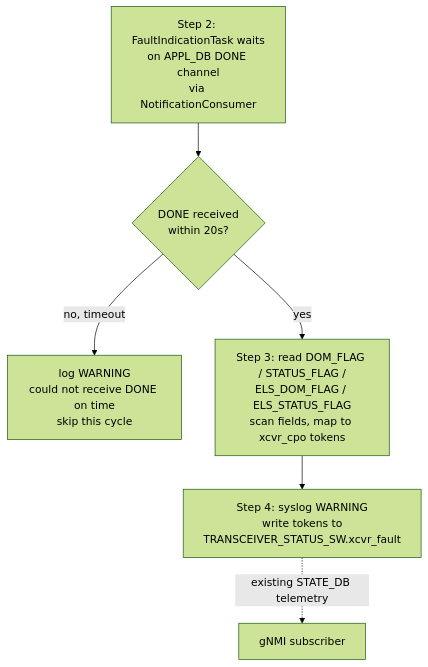
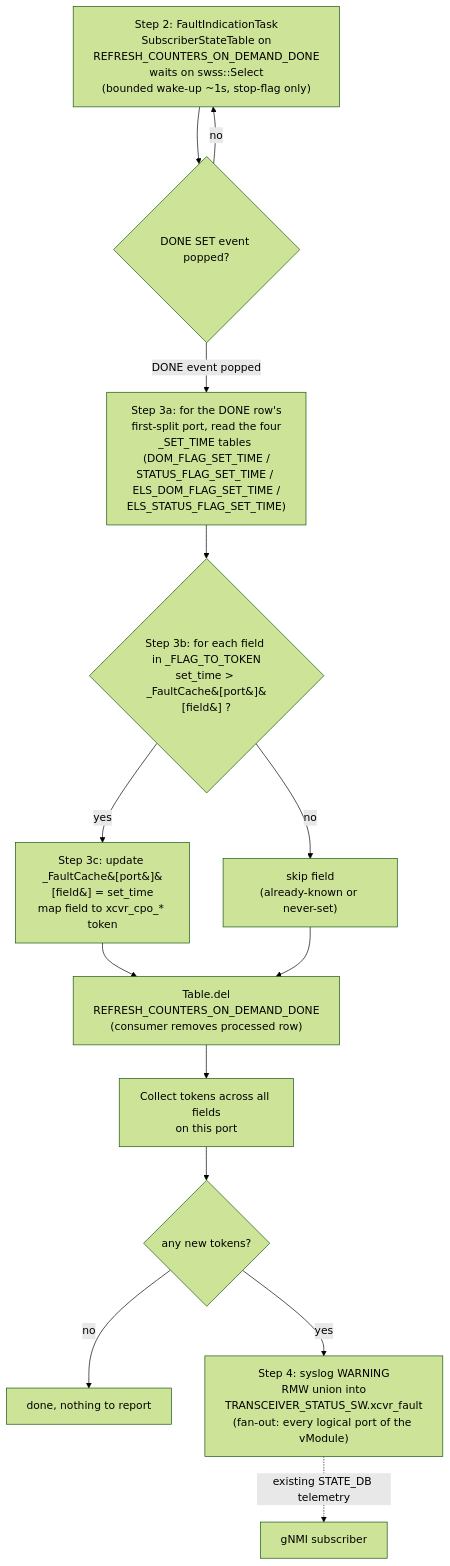
One commit to noaOrMlnx/SONiC changed the third of 4 diagrams in doc/cpo-mellanox/cpo_fault_indication.md. Above: the diagram before and after it, drawn with Mermaid (forest theme). The commit also changed other lines of this file, not shown here.

Commit message:
update HLD to final design along dom_mgr new design

````diff
--- a/doc/cpo-mellanox/cpo_fault_indication.md
+++ b/doc/cpo-mellanox/cpo_fault_indication.md
@@ -144,9 +165,17 @@
 ```mermaid
 flowchart TD
-  wait["Step 2: FaultIndicationTask waits<br/>on APPL_DB DONE channel<br/>via NotificationConsumer"]
-  wait --> check{"DONE received<br/>within 20s?"}
-  check -->|no, timeout| logto["log WARNING<br/>could not receive DONE on time<br/>skip this cycle"]
-  check -->|yes| parse["Step 3: read DOM_FLAG / STATUS_FLAG /<br/>ELS_DOM_FLAG / ELS_STATUS_FLAG<br/>scan fields, map to xcvr_cpo tokens"]
-  parse --> write["Step 4: syslog WARNING<br/>write tokens to<br/>TRANSCEIVER_STATUS_SW.xcvr_fault"]
+  wait["Step 2: FaultIndicationTask<br/>SubscriberStateTable on<br/>REFRESH_COUNTERS_ON_DEMAND_DONE<br/>waits on swss::Select<br/>(bounded wake-up ~1s, stop-flag only)"]
+  wait --> check{"DONE SET event popped?"}
+  check -->|no| wait
+  check -->|DONE event popped| readset["Step 3a: for the DONE row's<br/>first-split port, read the four<br/>_SET_TIME tables (DOM_FLAG_SET_TIME /<br/>STATUS_FLAG_SET_TIME / ELS_DOM_FLAG_SET_TIME /<br/>ELS_STATUS_FLAG_SET_TIME)"]
+  readset --> cmp{"Step 3b: for each field in _FLAG_TO_TOKEN<br/>set_time &gt; _FaultCache&#91;port&#93;&#91;field&#93; ?"}
+  cmp -->|no| noop["skip field<br/>(already-known or never-set)"]
+  cmp -->|yes| token["Step 3c: update _FaultCache&#91;port&#93;&#91;field&#93; = set_time<br/>map field to xcvr_cpo_* token"]
+  token --> delrow["Table.del<br/>REFRESH_COUNTERS_ON_DEMAND_DONE<br/>(consumer removes processed row)"]
+  noop --> delrow
+  delrow --> collect["Collect tokens across all fields<br/>on this port"]
+  collect --> hasnew{"any new tokens?"}
+  hasnew -->|no| endnew["done, nothing to report"]
+  hasnew -->|yes| write["Step 4: syslog WARNING<br/>RMW union into<br/>TRANSCEIVER_STATUS_SW.xcvr_fault<br/>(fan-out: every logical port of the vModule)"]
   write -.->|existing STATE_DB telemetry| gnmi["gNMI subscriber"]
 ```
````
